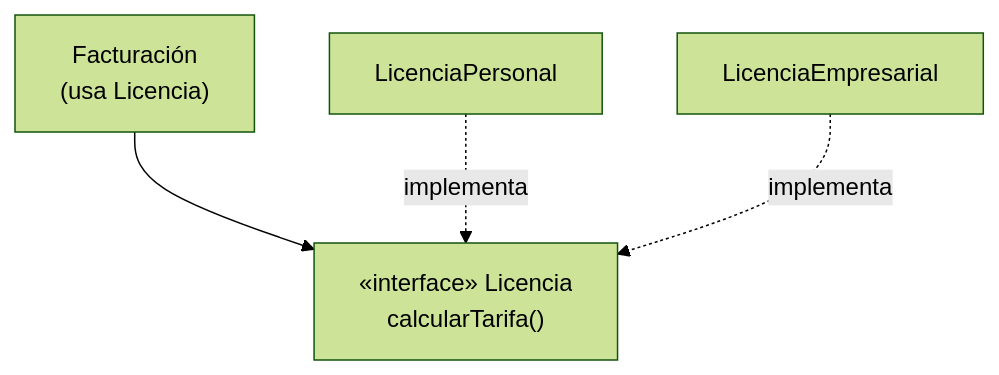
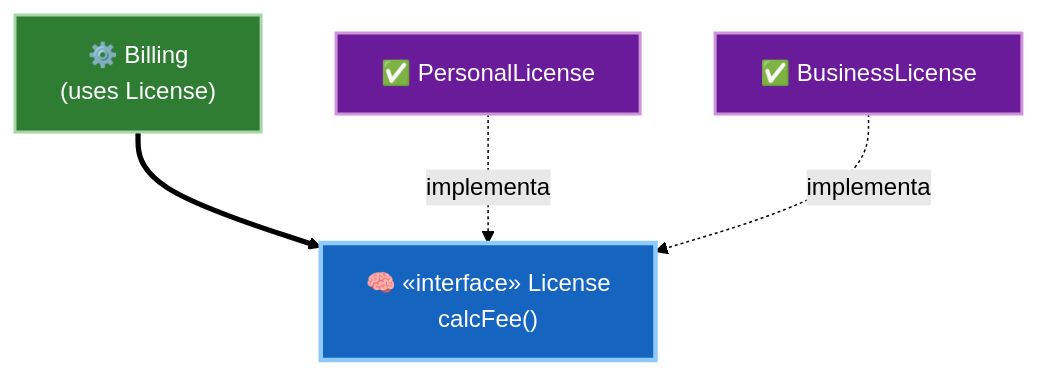
Before and after one commit to JavierMachucaA/clean-architecture-guia: the diagram in 03-principios-solid/03-lsp-liskov-substitution.md, drawn with Mermaid (forest theme). The commit also changed other lines of this file and 45 other files, not shown here.

````diff
--- a/03-principios-solid/03-lsp-liskov-substitution.md
+++ b/03-principios-solid/03-lsp-liskov-substitution.md
@@ -15,11 +15,16 @@
 ```mermaid
 flowchart TD
-    B["Facturación<br/>(usa Licencia)"]
-    L["«interface» Licencia<br/>calcularTarifa()"]
-    P["LicenciaPersonal"]
-    E["LicenciaEmpresarial"]
+    B["⚙️ Billing<br/>(uses License)"]
+    L["🧠 «interface» License<br/>calcFee()"]
+    P["✅ PersonalLicense"]
+    E["✅ BusinessLicense"]
 
-    B --> L
+    B ==> L
     P -.implementa.-> L
     E -.implementa.-> L
+
+    style B fill:#2e7d32,stroke:#a5d6a7,color:#fff,stroke-width:2px
+    style L fill:#1565c0,stroke:#90caf9,color:#fff,stroke-width:3px
+    style P fill:#6a1b9a,stroke:#ce93d8,color:#fff,stroke-width:2px
+    style E fill:#6a1b9a,stroke:#ce93d8,color:#fff,stroke-width:2px
 ```
````
